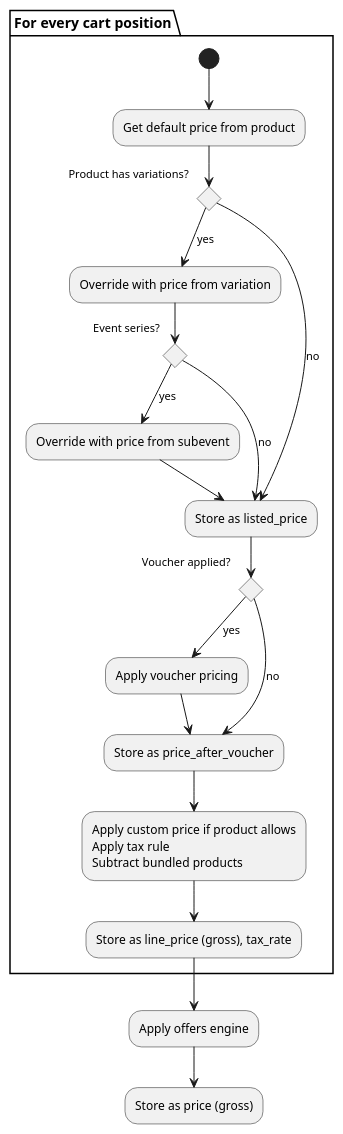
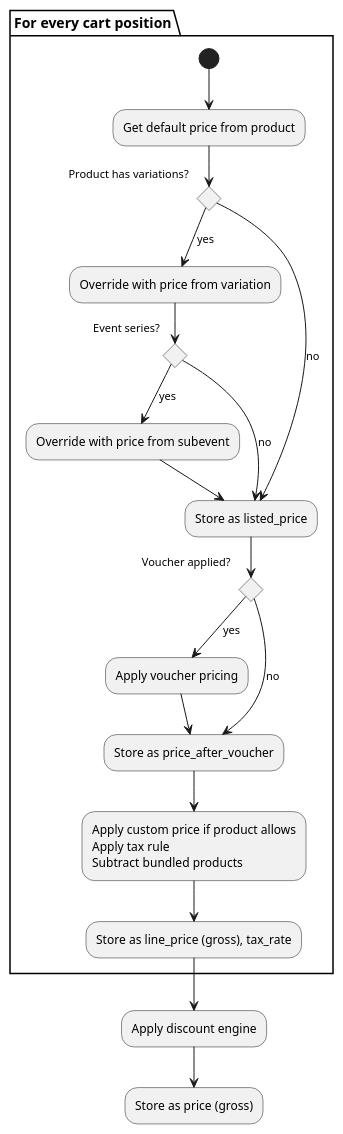
One commit to pretix/pretix changed the diagram in doc/images/cart_pricing.puml. Above: the diagram before and after it, drawn with PlantUML. The commit also changed 4 other files, not shown here.

```diff
--- a/doc/images/cart_pricing.puml
+++ b/doc/images/cart_pricing.puml
@@ -1,28 +1,28 @@
 @startuml
 
 partition "For every cart position" {
     (*) --> "Get default price from product"
     --> if "Product has variations?" then
         -->[yes] "Override with price from variation"
         --> if "Event series?" then
             -->[yes] "Override with price from subevent"
             -down-> "Store as listed_price"
         else
             -down->[no] "Store as listed_price"
         endif
     else
         -down->[no] "Store as listed_price"
     endif
     --> if "Voucher applied?" then
         -->[yes] "Apply voucher pricing"
         --> "Store as price_after_voucher"
     else
         -->[no] "Store as price_after_voucher"
     endif
     --> "Apply custom price if product allows\nApply tax rule\nSubtract bundled products"
     --> "Store as line_price (gross), tax_rate"
 }
---> "Apply offers engine"
+--> "Apply discount engine"
 --> "Store as price (gross)"
 
 @enduml
```
